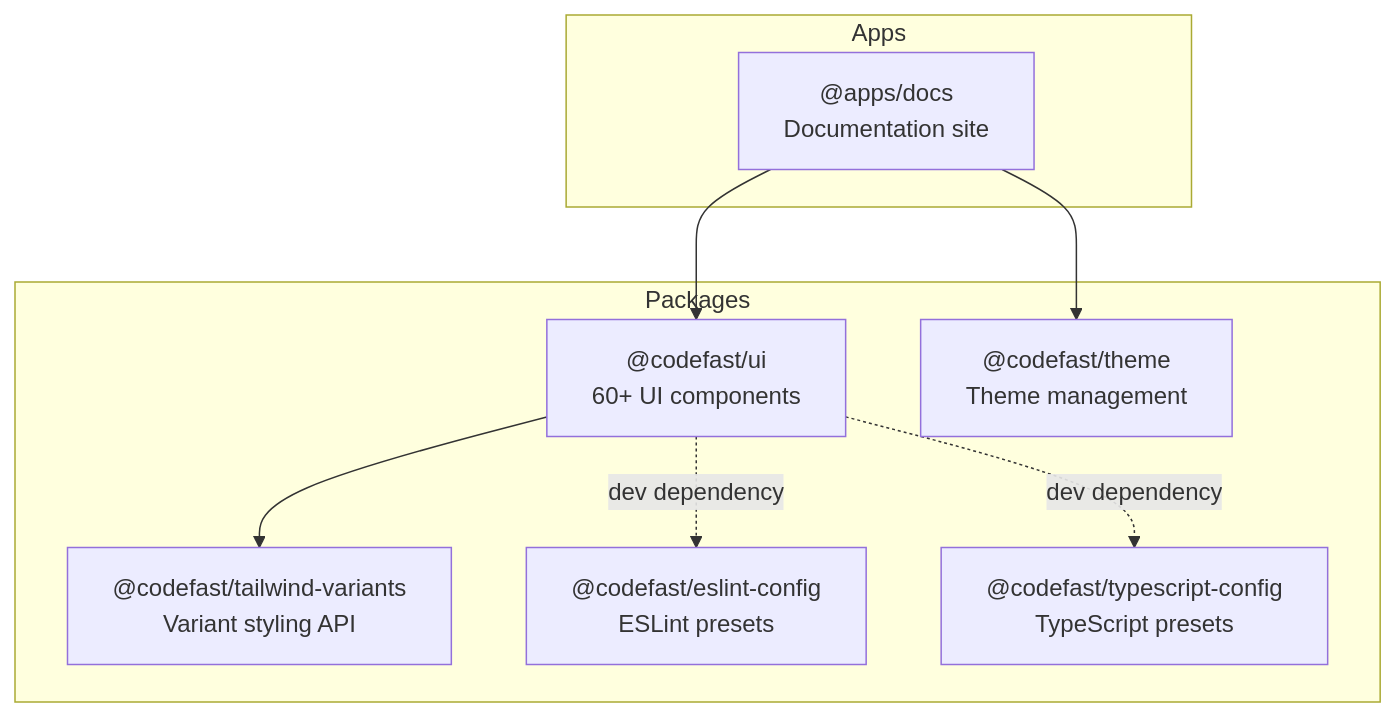
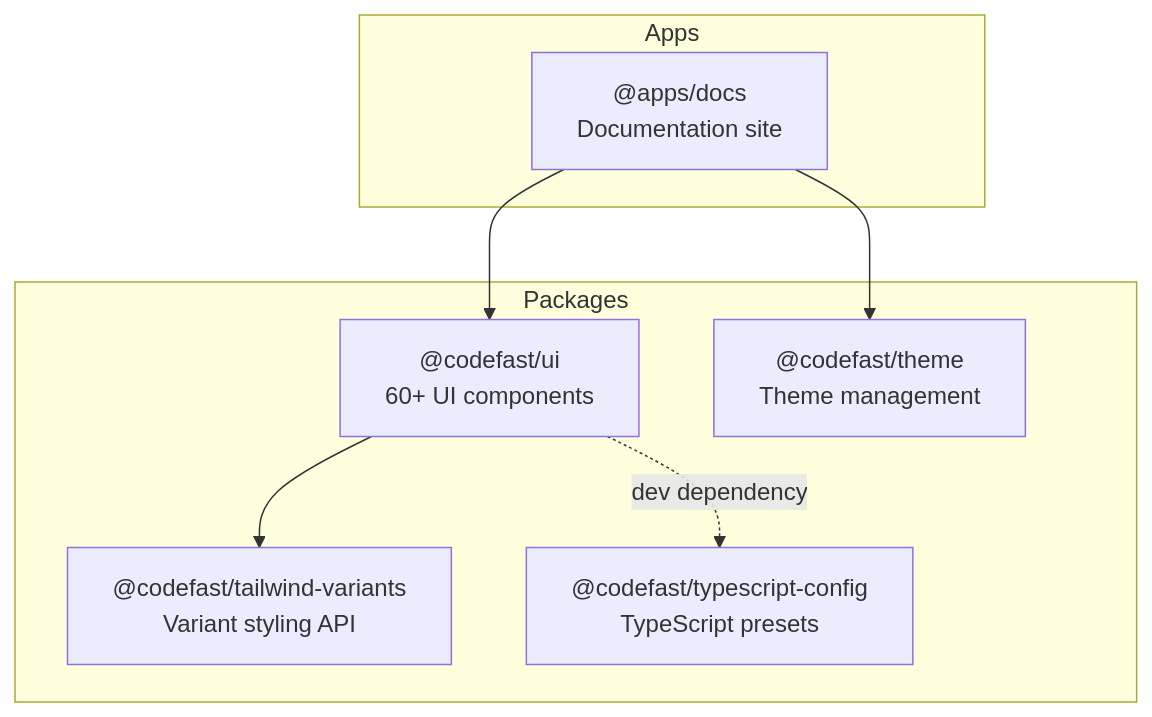
Before and after one commit to codefastlabs/codefast: the diagram in README.md, drawn with Mermaid. The commit also changed other lines of this file and 83 other files, not shown here.

````diff
--- a/README.md
+++ b/README.md
@@ -69,20 +69,18 @@
 ```mermaid
 graph TD
   subgraph apps [Apps]
     Docs["@apps/docs<br/>Documentation site"]
   end
 
   subgraph packages [Packages]
     UI["@codefast/ui<br/>60+ UI components"]
     TV["@codefast/tailwind-variants<br/>Variant styling API"]
     Theme["@codefast/theme<br/>Theme management"]
-    ESLint["@codefast/eslint-config<br/>ESLint presets"]
     TSConfig["@codefast/typescript-config<br/>TypeScript presets"]
   end
 
   Docs --> UI
   Docs --> Theme
   UI --> TV
-  UI -.->|dev dependency| ESLint
   UI -.->|dev dependency| TSConfig
 ```
````
